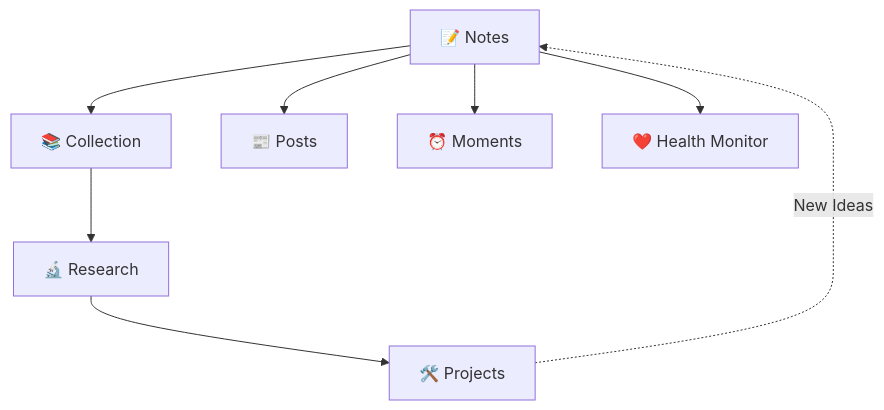
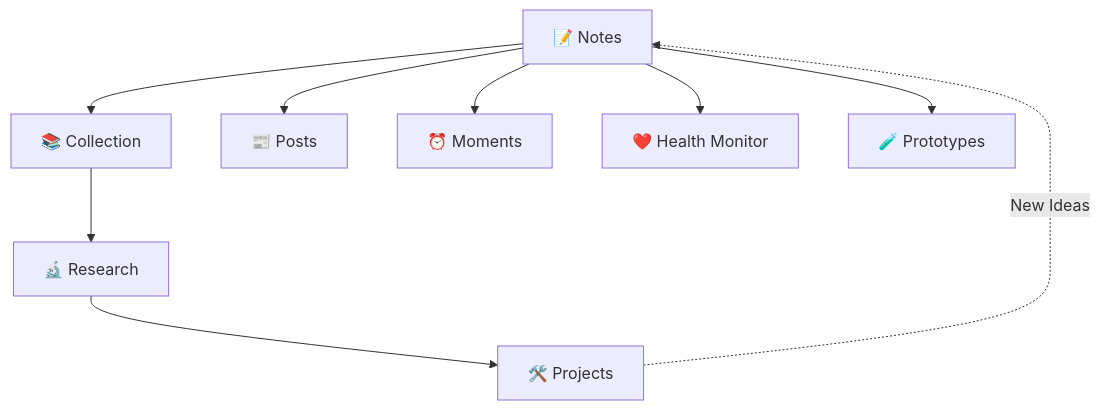
Before and after one commit to xiongjia/xiongjia.github.com: the diagram in docs/notes/_index_content.md, drawn with Mermaid. The commit also changed 17 other files, not shown here.

````diff
--- a/docs/notes/_index_content.md
+++ b/docs/notes/_index_content.md
@@ -8,18 +8,20 @@
 ```mermaid
 graph TD
   A["📝 Notes"] --> B["📚 Collection"]
   B --> C["🔬 Research"]
   C --> D["🛠️ Projects"]
   D -.->|New Ideas| A
   A --> E["📰 Posts"]
   A --> F["⏰ Moments"]
   A --> G["❤️ Health Monitor"]
+  A --> H["🧪 Prototypes"]
 
   click A "/notes/" "Notes"
   click B "/notes/collection/" "Collection"
   click C "/notes/research/" "Research"
   click D "/projects/" "Projects"
   click E "/notes/posts/" "Posts"
   click F "/moments/" "Moments"
   click G "/notes/health/" "Health Monitor"
+  click H "/notes/prototypes/" "Prototypes"
 ```
````
